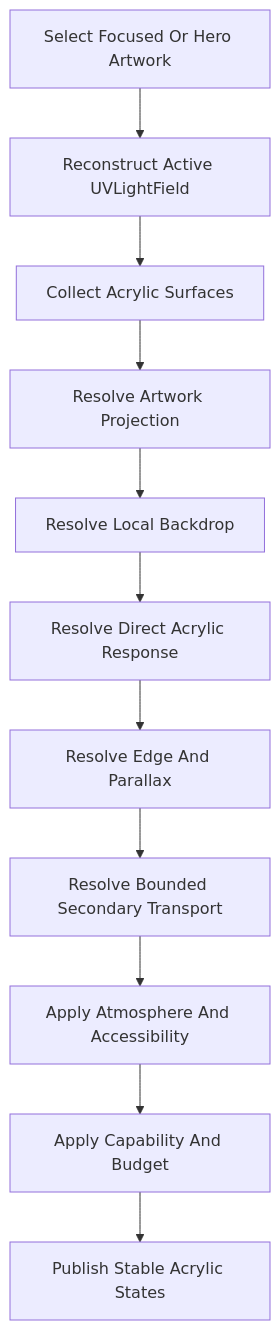
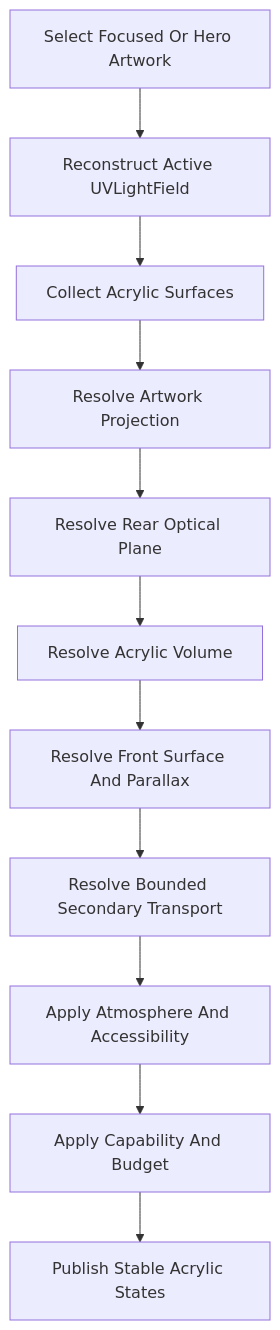
Before and after one commit to mosaic-media/mosaic-architecture: the diagram in docs/engineering/guides/meg-014-refraction-engine/05-resolution-pipeline.md, drawn with Mermaid. The commit also changed other lines of this file and 9 other files, not shown here.

````diff
--- a/docs/engineering/guides/meg-014-refraction-engine/05-resolution-pipeline.md
+++ b/docs/engineering/guides/meg-014-refraction-engine/05-resolution-pipeline.md
@@ -14,26 +14,26 @@
 ```mermaid
 flowchart TD
 
 N1["Select Focused Or Hero Artwork"]
 N2["Reconstruct Active UVLightField"]
 N3["Collect Acrylic Surfaces"]
 N4["Resolve Artwork Projection"]
-N5["Resolve Local Backdrop"]
-N6["Resolve Direct Acrylic Response"]
-N7["Resolve Edge And Parallax"]
+N5["Resolve Rear Optical Plane"]
+N6["Resolve Acrylic Volume"]
+N7["Resolve Front Surface And Parallax"]
 N8["Resolve Bounded Secondary Transport"]
 N9["Apply Atmosphere And Accessibility"]
 N10["Apply Capability And Budget"]
 N11["Publish Stable Acrylic States"]
 
 N1 --> N2
 N2 --> N3
 N3 --> N4
 N4 --> N5
 N5 --> N6
 N6 --> N7
 N7 --> N8
 N8 --> N9
 N9 --> N10
 N10 --> N11
 ```
````
